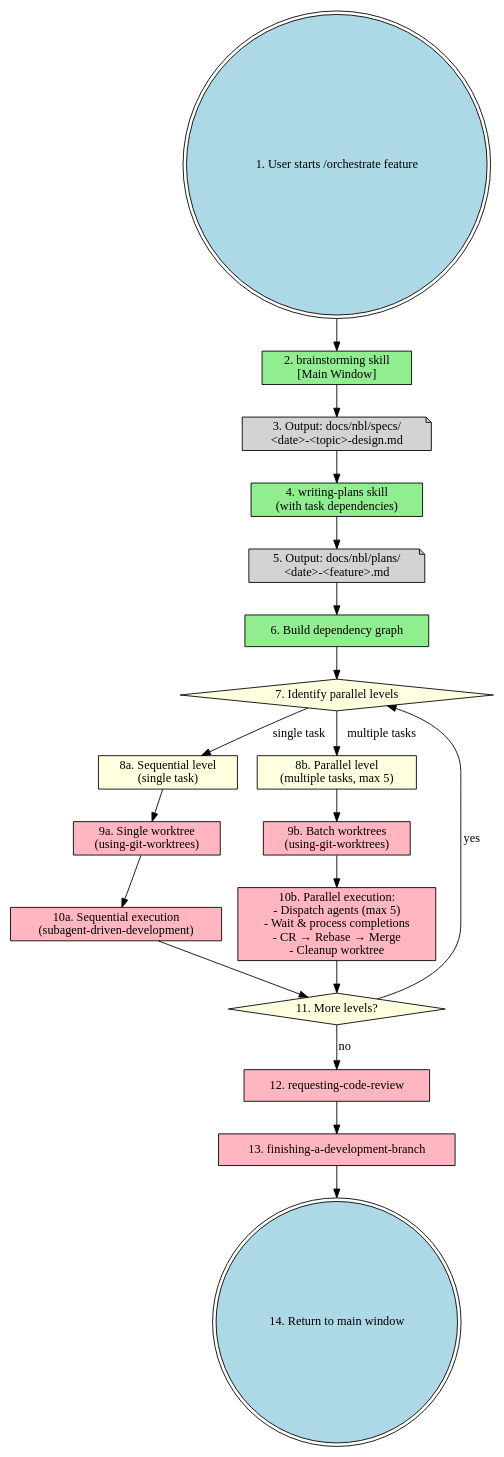
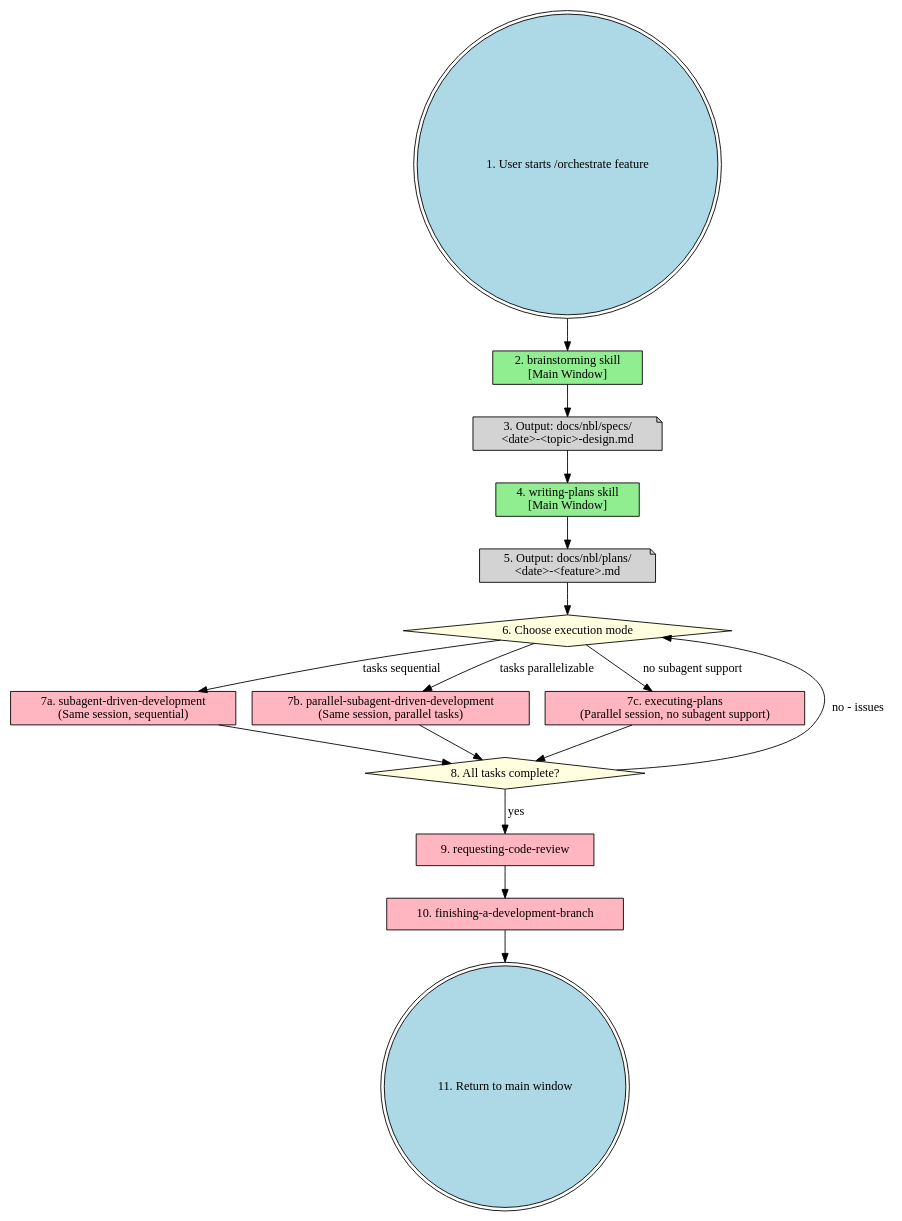
Before and after one commit to icefrag/guozhi-claude-code: the first of 4 diagrams in skills/nbl.orchestrate/SKILL.md, drawn with Graphviz. The commit also changed other lines of this file and 1 other file, not shown here.

First line of the commit message:
refactor(orchestrate): update to reflect current workflow architecture

````diff
--- a/skills/nbl.orchestrate/SKILL.md
+++ b/skills/nbl.orchestrate/SKILL.md
@@ -25,57 +25,46 @@
 ```dot
-digraph orchestrate_feature_workflow_v2 {
+digraph orchestrate_feature_workflow {
     rankdir=TB;
     node [shape=box style=filled fillcolor=lightyellow];
 
     "1. User starts /orchestrate feature" [shape=doublecircle fillcolor=lightblue];
 
     "2. brainstorming skill\n[Main Window]" [fillcolor=lightgreen];
     "3. Output: docs/nbl/specs/\n<date>-<topic>-design.md" [shape=note fillcolor=lightgray];
 
-    "4. writing-plans skill\n(with task dependencies)" [fillcolor=lightgreen];
+    "4. writing-plans skill\n[Main Window]" [fillcolor=lightgreen];
     "5. Output: docs/nbl/plans/\n<date>-<feature>.md" [shape=note fillcolor=lightgray];
 
-    "6. Build dependency graph" [fillcolor=lightgreen];
-    "7. Identify parallel levels" [shape=diamond fillcolor=lightyellow];
+    "6. Choose execution mode" [shape=diamond fillcolor=lightyellow];
 
-    "8a. Sequential level\n(single task)" [fillcolor=lightyellow];
-    "8b. Parallel level\n(multiple tasks, max 5)" [fillcolor=lightyellow];
+    "7a. subagent-driven-development\n(Same session, sequential)" [fillcolor=lightpink];
+    "7b. parallel-subagent-driven-development\n(Same session, parallel tasks)" [fillcolor=lightpink];
+    "7c. executing-plans\n(Parallel session, no subagent support)" [fillcolor=lightpink];
 
-    "9a. Single worktree\n(using-git-worktrees)" [fillcolor=lightpink];
-    "9b. Batch worktrees\n(using-git-worktrees)" [fillcolor=lightpink];
-
-    "10a. Sequential execution\n(subagent-driven-development)" [fillcolor=lightpink];
-    "10b. Parallel execution:\n- Dispatch agents (max 5)\n- Wait & process completions\n- CR → Rebase → Merge\n- Cleanup worktree" [fillcolor=lightpink];
-
-    "11. More levels?" [shape=diamond fillcolor=lightyellow];
-    "12. requesting-code-review" [fillcolor=lightpink];
-    "13. finishing-a-development-branch" [fillcolor=lightpink];
-    "14. Return to main window" [shape=doublecircle fillcolor=lightblue];
+    "8. All tasks complete?" [shape=diamond fillcolor=lightyellow];
+    "9. requesting-code-review" [fillcolor=lightpink];
+    "10. finishing-a-development-branch" [fillcolor=lightpink];
+    "11. Return to main window" [shape=doublecircle fillcolor=lightblue];
 
     "1. User starts /orchestrate feature" -> "2. brainstorming skill\n[Main Window]";
     "2. brainstorming skill\n[Main Window]" -> "3. Output: docs/nbl/specs/\n<date>-<topic>-design.md";
-    "3. Output: docs/nbl/specs/\n<date>-<topic>-design.md" -> "4. writing-plans skill\n(with task dependencies)";
+    "3. Output: docs/nbl/specs/\n<date>-<topic>-design.md" -> "4. writing-plans skill\n[Main Window]";
 
-    "4. writing-plans skill\n(with task dependencies)" -> "5. Output: docs/nbl/plans/\n<date>-<feature>.md";
-    "5. Output: docs/nbl/plans/\n<date>-<feature>.md" -> "6. Build dependency graph";
+    "4. writing-plans skill\n[Main Window]" -> "5. Output: docs/nbl/plans/\n<date>-<feature>.md";
+    "5. Output: docs/nbl/plans/\n<date>-<feature>.md" -> "6. Choose execution mode";
 
-    "6. Build dependency graph" -> "7. Identify parallel levels";
-    "7. Identify parallel levels" -> "8a. Sequential level\n(single task)" [label="single task"];
-    "7. Identify parallel levels" -> "8b. Parallel level\n(multiple tasks, max 5)" [label="multiple tasks"];
+    "6. Choose execution mode" -> "7a. subagent-driven-development\n(Same session, sequential)" [label="tasks sequential"];
+    "6. Choose execution mode" -> "7b. parallel-subagent-driven-development\n(Same session, parallel tasks)" [label="tasks parallelizable"];
+    "6. Choose execution mode" -> "7c. executing-plans\n(Parallel session, no subagent support)" [label="no subagent support"];
 
-    "8a. Sequential level\n(single task)" -> "9a. Single worktree\n(using-git-worktrees)";
-    "9a. Single worktree\n(using-git-worktrees)" -> "10a. Sequential execution\n(subagent-driven-development)";
+    "7a. subagent-driven-development\n(Same session, sequential)" -> "8. All tasks complete?";
+    "7b. parallel-subagent-driven-development\n(Same session, parallel tasks)" -> "8. All tasks complete?";
+    "7c. executing-plans\n(Parallel session, no subagent support)" -> "8. All tasks complete?";
 
-    "8b. Parallel level\n(multiple tasks, max 5)" -> "9b. Batch worktrees\n(using-git-worktrees)";
-    "9b. Batch worktrees\n(using-git-worktrees)" -> "10b. Parallel execution:\n- Dispatch agents (max 5)\n- Wait & process completions\n- CR → Rebase → Merge\n- Cleanup worktree";
+    "8. All tasks complete?" -> "6. Choose execution mode" [label="no - issues"];
+    "8. All tasks complete?" -> "9. requesting-code-review" [label="yes"];
 
-    "10a. Sequential execution\n(subagent-driven-development)" -> "11. More levels?";
-    "10b. Parallel execution:\n- Dispatch agents (max 5)\n- Wait & process completions\n- CR → Rebase → Merge\n- Cleanup worktree" -> "11. More levels?";
-
-    "11. More levels?" -> "7. Identify parallel levels" [label="yes"];
-    "11. More levels?" -> "12. requesting-code-review" [label="no"];
-
-    "12. requesting-code-review" -> "13. finishing-a-development-branch";
-    "13. finishing-a-development-branch" -> "14. Return to main window";
+    "9. requesting-code-review" -> "10. finishing-a-development-branch";
+    "10. finishing-a-development-branch" -> "11. Return to main window";
 }
 ```
````
